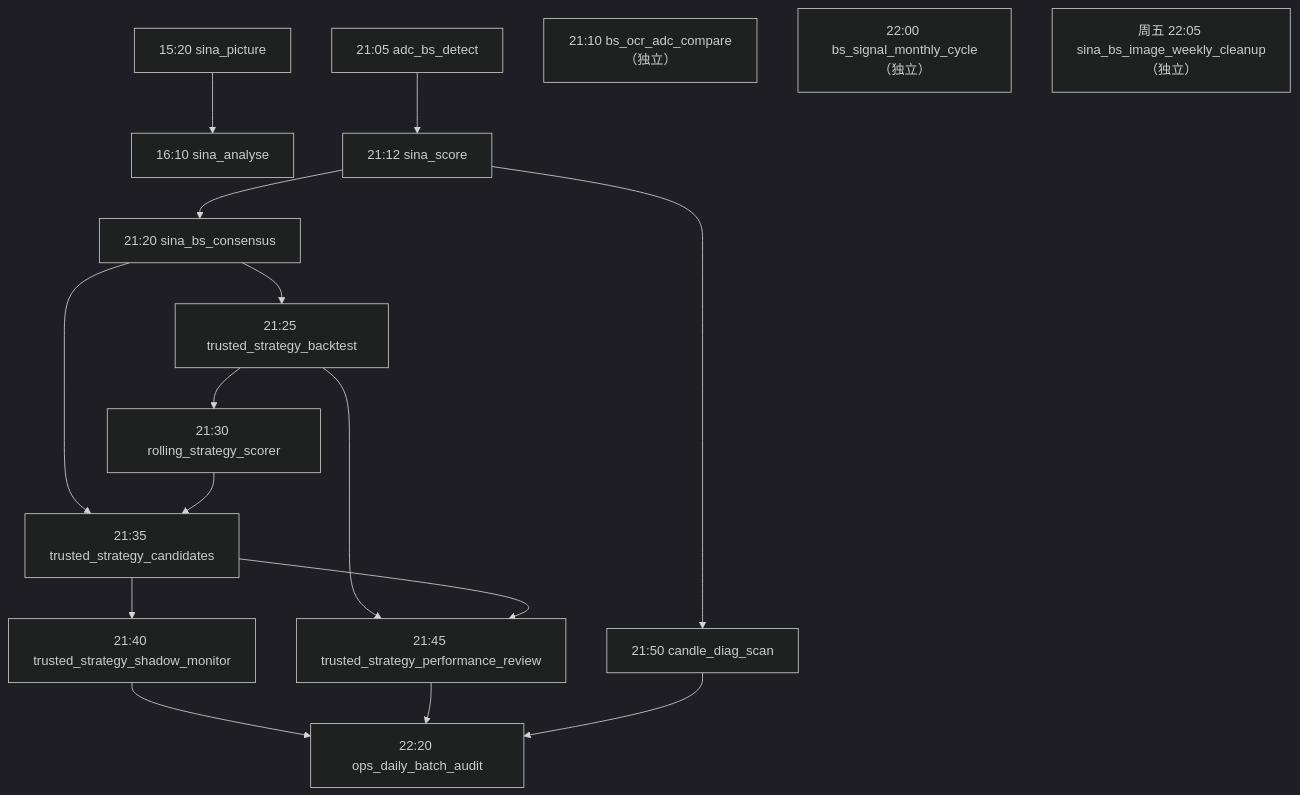
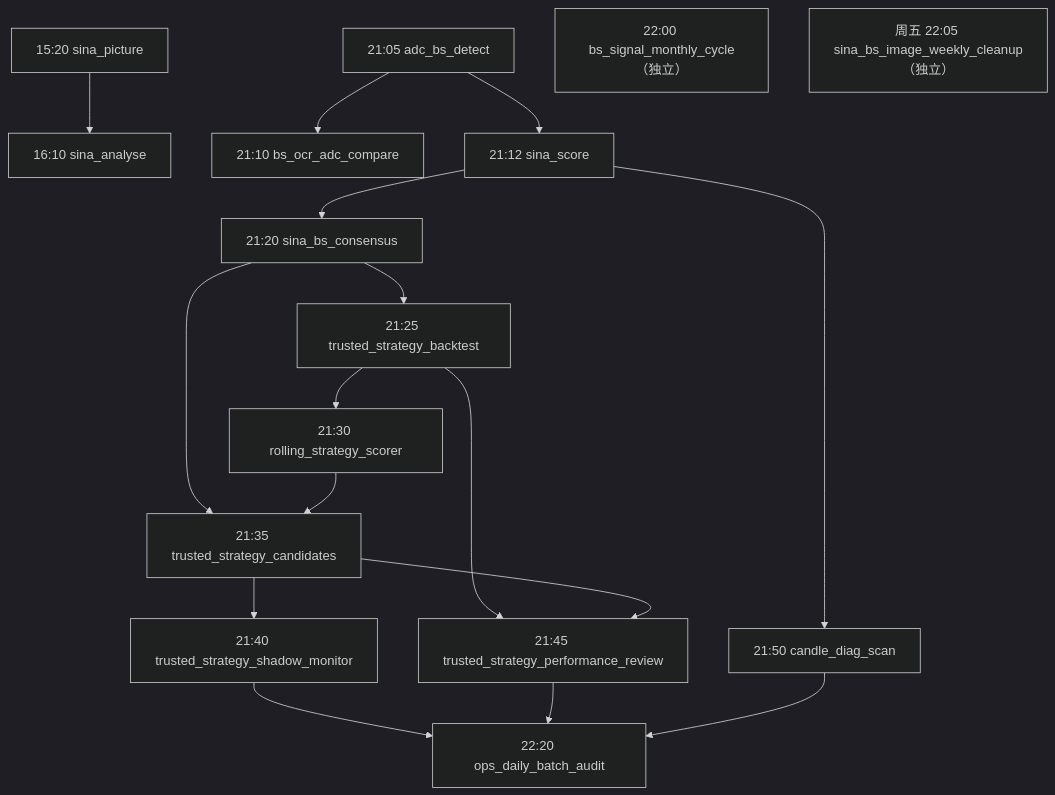
One commit to chenyiyun2087/Chenyiyun2087 changed the diagram in docs/00_project_overview/BATCH_TASK_OPERATIONS.md. Above: the diagram before and after it, drawn with Mermaid (dark theme). The commit also changed other lines of this file and 9 other files, not shown here.

````diff
--- a/docs/00_project_overview/BATCH_TASK_OPERATIONS.md
+++ b/docs/00_project_overview/BATCH_TASK_OPERATIONS.md
@@ -45,22 +45,22 @@
 ```mermaid
 flowchart TD
     P["15:20 sina_picture"] --> A["16:10 sina_analyse"]
 
-    D["21:05 adc_bs_detect"] --> S["21:12 sina_score"]
+    D["21:05 adc_bs_detect"] --> X["21:10 bs_ocr_adc_compare"]
+    D --> S["21:12 sina_score"]
     S --> C["21:20 sina_bs_consensus"]
     C --> B["21:25 trusted_strategy_backtest"]
     B --> R["21:30 rolling_strategy_scorer"]
     C --> T["21:35 trusted_strategy_candidates"]
     R --> T
     T --> M["21:40 trusted_strategy_shadow_monitor"]
     B --> V["21:45 trusted_strategy_performance_review"]
     T --> V
     S --> K["21:50 candle_diag_scan"]
     M --> Q["22:20 ops_daily_batch_audit"]
     V --> Q
     K --> Q
 
-    X["21:10 bs_ocr_adc_compare（独立）"]
     Y["22:00 bs_signal_monthly_cycle（独立）"]
     W["周五 22:05 sina_bs_image_weekly_cleanup（独立）"]
 ```
````
